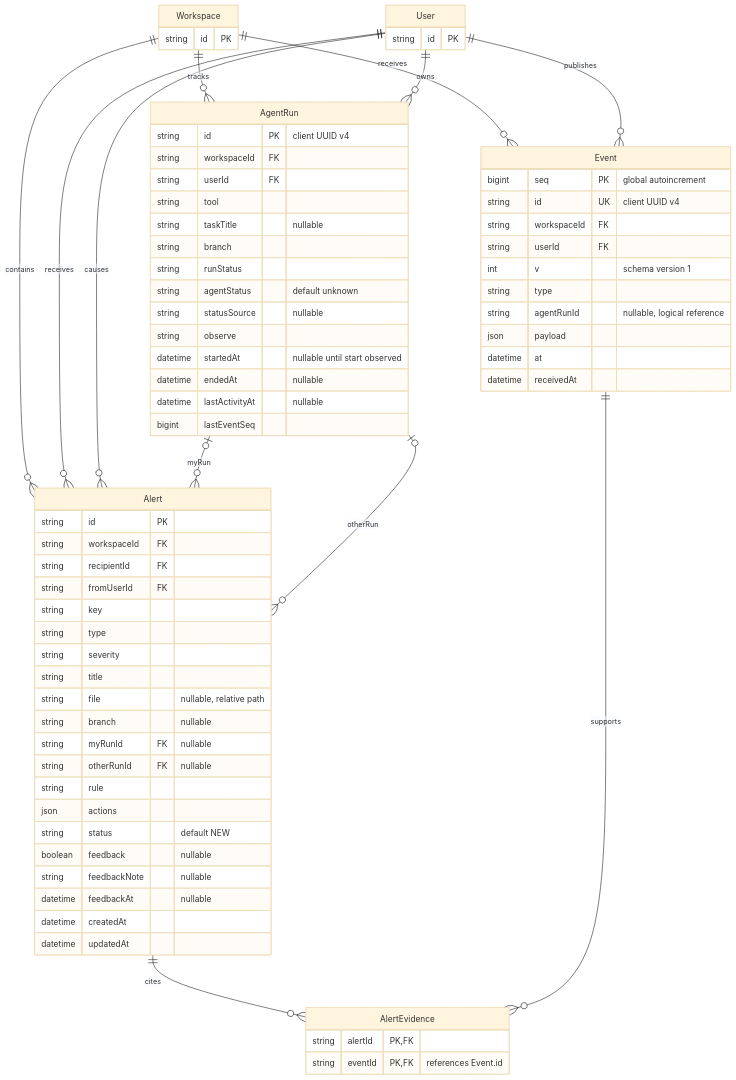
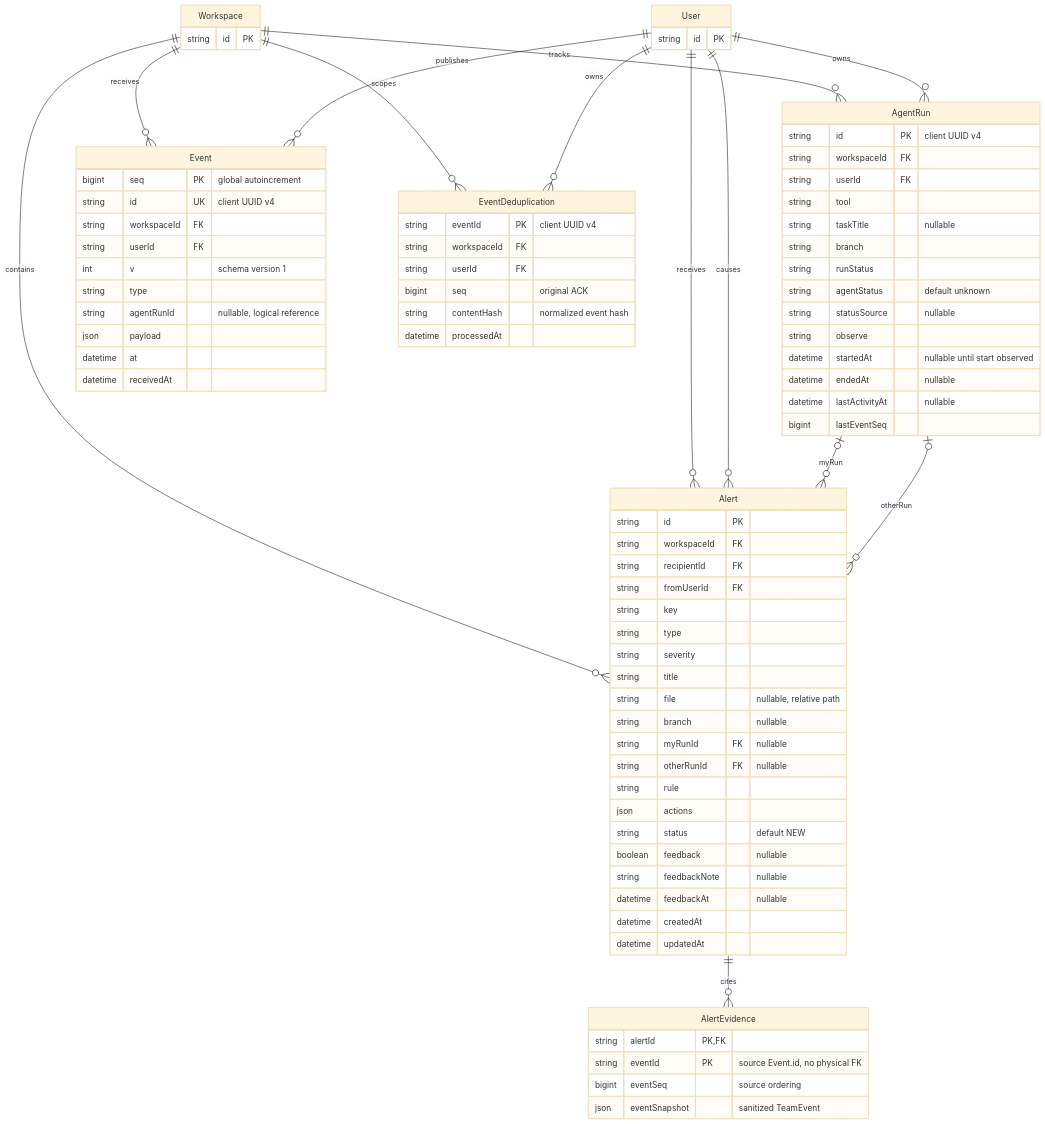
The second of 3 diagrams in docs/ERD.md (gymdong/SW_cadora), drawn with Mermaid (base theme) before and after one commit. The commit also changed other lines of this file and 5 other files, not shown here.

````diff
--- a/docs/ERD.md
+++ b/docs/ERD.md
@@ -140,13 +145,14 @@
     User ||--o{ AgentRun : owns
     Workspace ||--o{ Event : receives
     User ||--o{ Event : publishes
+    Workspace ||--o{ EventDeduplication : scopes
+    User ||--o{ EventDeduplication : owns
     Workspace ||--o{ Alert : contains
     User ||--o{ Alert : receives
     User ||--o{ Alert : causes
     AgentRun o|--o{ Alert : myRun
     AgentRun o|--o{ Alert : otherRun
     Alert ||--o{ AlertEvidence : cites
-    Event ||--o{ AlertEvidence : supports
 
     User {
         string id PK
@@ -182,6 +188,14 @@
         datetime at
         datetime receivedAt
     }
+    EventDeduplication {
+        string eventId PK "client UUID v4"
+        string workspaceId FK
+        string userId FK
+        bigint seq "original ACK"
+        string contentHash "normalized event hash"
+        datetime processedAt
+    }
     Alert {
         string id PK
         string workspaceId FK
@@ -206,6 +220,8 @@
     }
     AlertEvidence {
         string alertId PK, FK
-        string eventId PK, FK "references Event.id"
+        string eventId PK "source Event.id, no physical FK"
+        bigint eventSeq "source ordering"
+        json eventSnapshot "sanitized TeamEvent"
     }
 ```
````
